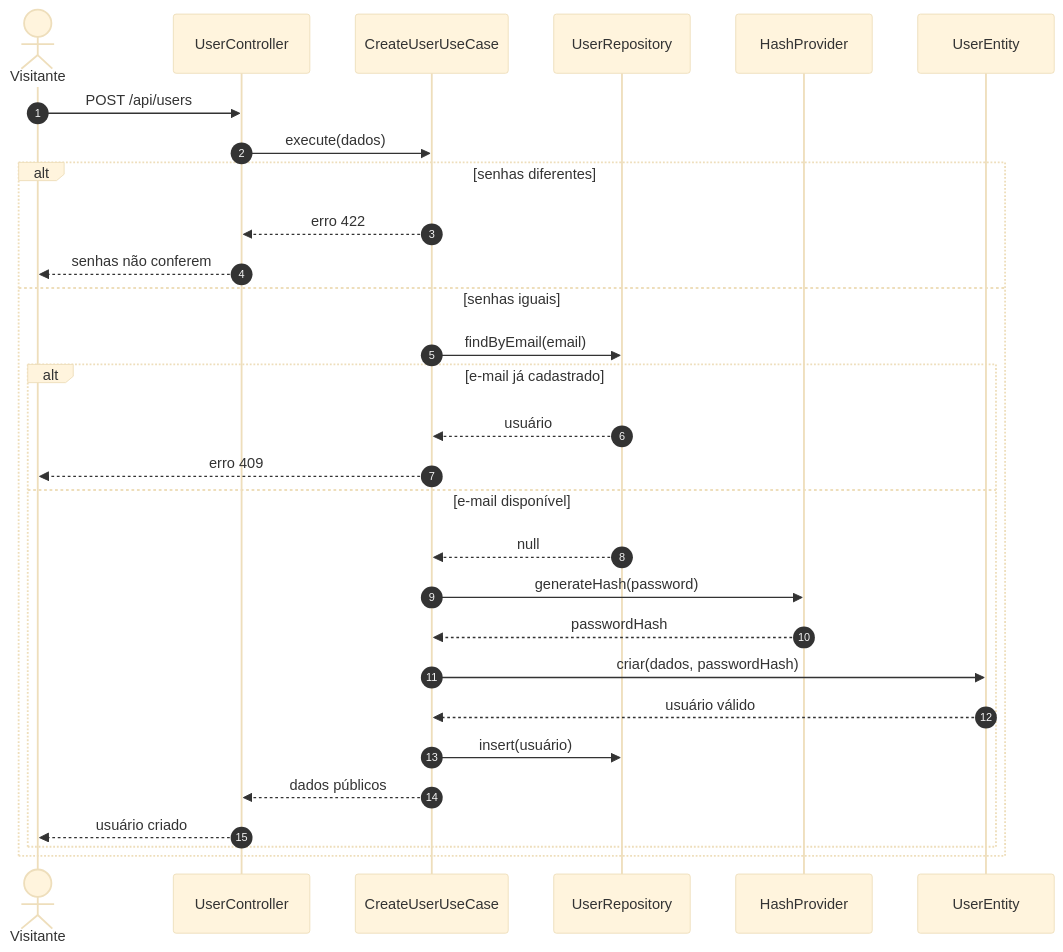
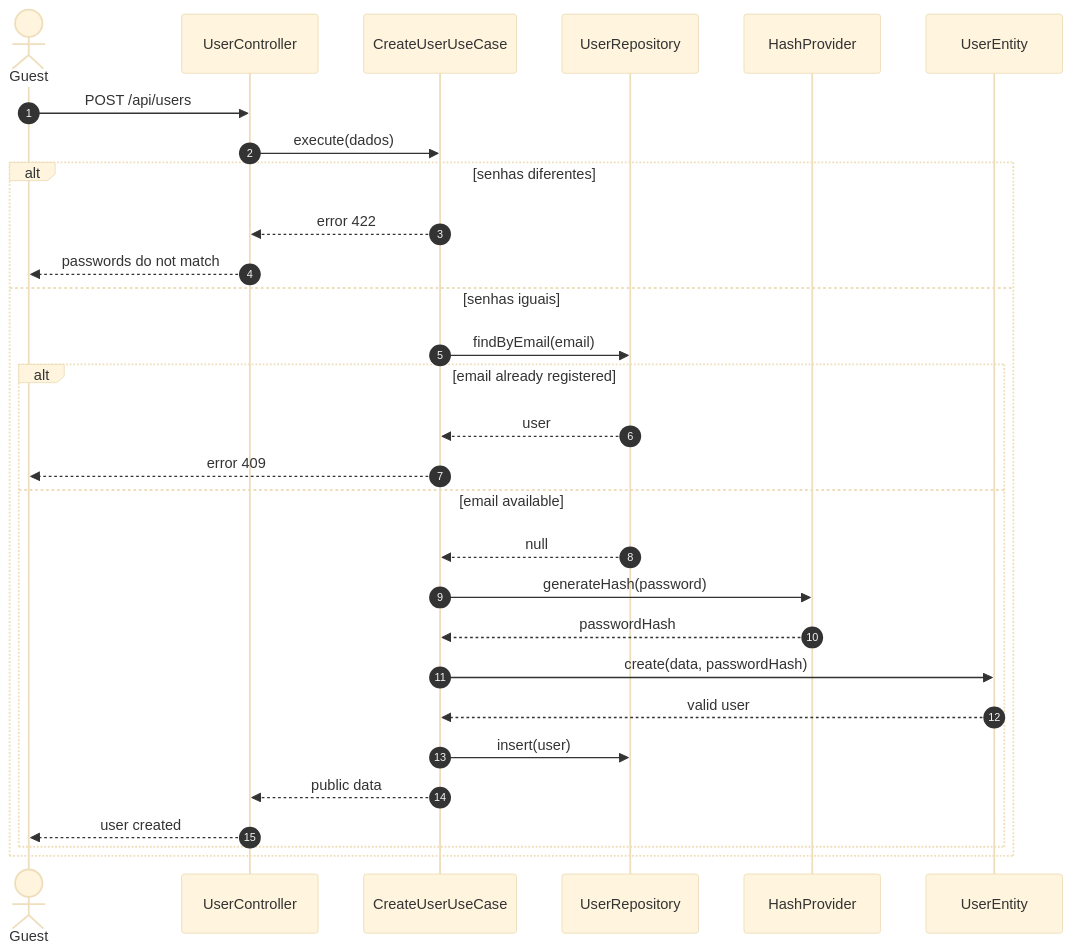
Before and after one commit to Lucalopezz/DevLog: the first of 6 diagrams in docs/diagrams/sequences/account-and-tags.md, drawn with Mermaid (base theme). The commit also changed other lines of this file and 235 other files, not shown here.

````diff
--- a/docs/diagrams/sequences/account-and-tags.md
+++ b/docs/diagrams/sequences/account-and-tags.md
@@ -8,32 +8,32 @@
 ```mermaid
 sequenceDiagram
     autonumber
-    actor Visitante
+    actor Guest
     participant C as UserController
     participant UC as CreateUserUseCase
     participant URepo as UserRepository
     participant Hash as HashProvider
     participant User as UserEntity
 
-    Visitante->>C: POST /api/users
+    Guest->>C: POST /api/users
     C->>UC: execute(dados)
     alt senhas diferentes
-        UC-->>C: erro 422
-        C-->>Visitante: senhas não conferem
+        UC-->>C: error 422
+        C-->>Guest: passwords do not match
     else senhas iguais
         UC->>URepo: findByEmail(email)
-        alt e-mail já cadastrado
-            URepo-->>UC: usuário
-            UC-->>Visitante: erro 409
-        else e-mail disponível
+        alt email already registered
+            URepo-->>UC: user
+            UC-->>Guest: error 409
+        else email available
             URepo-->>UC: null
             UC->>Hash: generateHash(password)
             Hash-->>UC: passwordHash
-            UC->>User: criar(dados, passwordHash)
-            User-->>UC: usuário válido
-            UC->>URepo: insert(usuário)
-            UC-->>C: dados públicos
-            C-->>Visitante: usuário criado
+            UC->>User: create(data, passwordHash)
+            User-->>UC: valid user
+            UC->>URepo: insert(user)
+            UC-->>C: public data
+            C-->>Guest: user created
         end
     end
 ```
````
